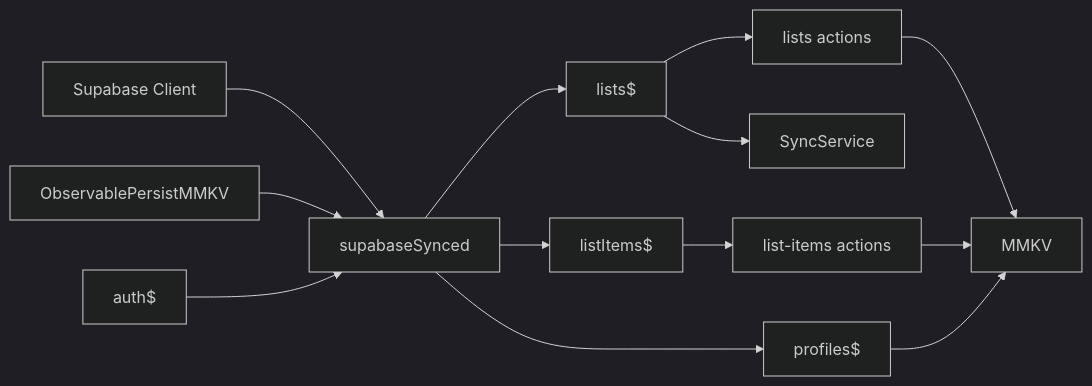
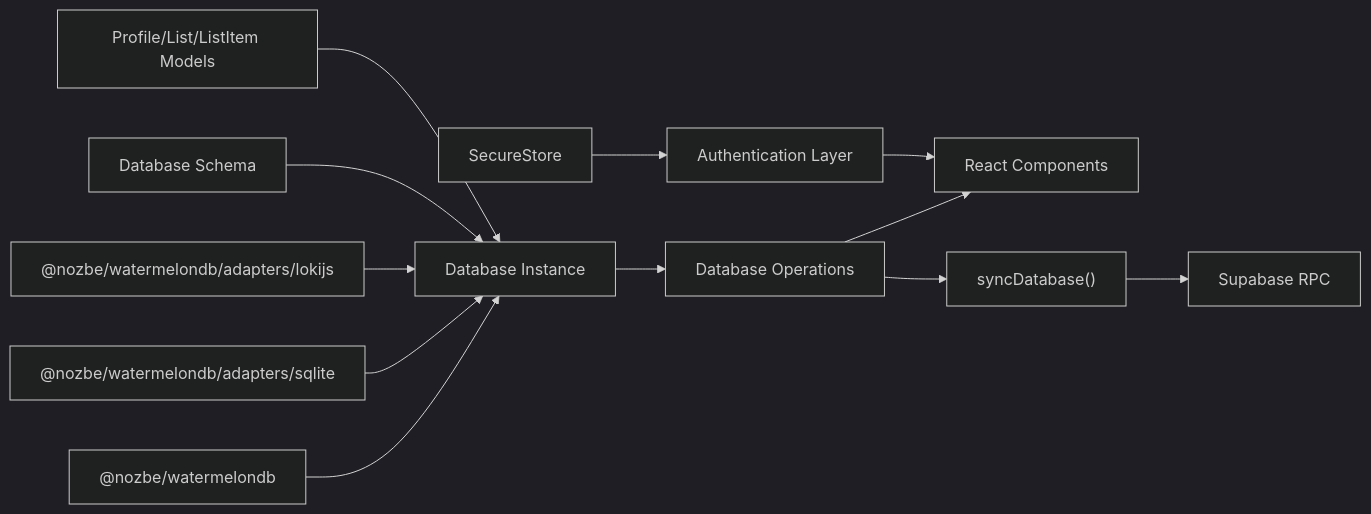
Diagram 11 of 11 in .qoder/repowiki/en/content/State Management Architecture/State Management Architecture.md (karllasouzza/PowerLists), drawn with Mermaid (dark theme) before and after one commit. The commit also changed other lines of this file and 5 other files, not shown here.

````diff
--- a/.qoder/repowiki/en/content/State Management Architecture/State Management Architecture.md
+++ b/.qoder/repowiki/en/content/State Management Architecture/State Management Architecture.md
@@ -448,15 +453,14 @@
 ```mermaid
 graph LR
-Supabase["Supabase Client"] --> DB["supabaseSynced"]
-MMKV["ObservablePersistMMKV"] --> DB
-Auth["auth$"] --> DB
-DB --> Lists["lists$"]
-DB --> Items["listItems$"]
-DB --> Profiles["profiles$"]
-Lists --> ListsAct["lists actions"]
-Items --> ItemsAct["list-items actions"]
-ListsAct --> Storage["MMKV"]
-ItemsAct --> Storage
-Profiles --> Storage
-Lists --> SyncSvc["SyncService"]
+WatermelonDB["@nozbe/watermelondb"] --> DB["Database Instance"]
+SQLite["@nozbe/watermelondb/adapters/sqlite"] --> DB
+Loki["@nozbe/watermelondb/adapters/lokijs"] --> DB
+Schema["Database Schema"] --> DB
+Models["Profile/List/ListItem Models"] --> DB
+DB --> Operations["Database Operations"]
+Operations --> Components["React Components"]
+AuthState["SecureStore"] --> AuthLayer["Authentication Layer"]
+AuthLayer --> Components
+Sync["syncDatabase()"] --> Supabase["Supabase RPC"]
+Operations --> Sync
 ```
````
